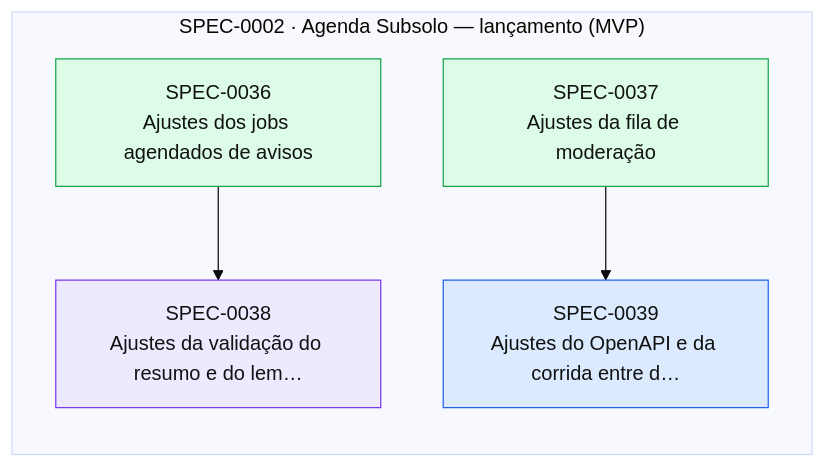
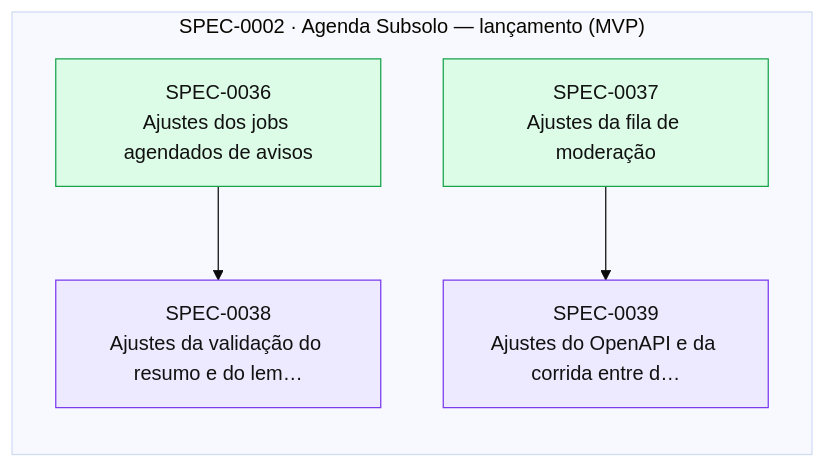
One commit to thomasravache/subsolo changed the diagram in docs/specs/INDEX.md. Above: the diagram before and after it, drawn with Mermaid (base theme). The commit also changed other lines of this file and 1 other file, not shown here.

First line of the commit message:
docs(sdd): start SPEC-0039

````diff
--- a/docs/specs/INDEX.md
+++ b/docs/specs/INDEX.md
@@ -67,16 +67,16 @@
 ```mermaid
 flowchart LR
   subgraph E0002["SPEC-0002 · Agenda Subsolo — lançamento (MVP)"]
     S0036["SPEC-0036<br/>Ajustes dos jobs agendados de avisos"]:::implemented
     S0037["SPEC-0037<br/>Ajustes da fila de moderação"]:::implemented
     S0038["SPEC-0038<br/>Ajustes da validação do resumo e do lem…"]:::inprogress
-    S0039["SPEC-0039<br/>Ajustes do OpenAPI e da corrida entre d…"]:::approved
+    S0039["SPEC-0039<br/>Ajustes do OpenAPI e da corrida entre d…"]:::inprogress
   end
   S0036 --> S0038
   S0037 --> S0039
   classDef proposed fill:#fef3c7,stroke:#d97706,color:#111
   classDef approved fill:#dbeafe,stroke:#2563eb,color:#111
   classDef inprogress fill:#ede9fe,stroke:#7c3aed,color:#111
   classDef implemented fill:#dcfce7,stroke:#16a34a,color:#111
   classDef deprecated fill:#f3f4f6,stroke:#9ca3af,color:#6b7280
 ```
````
